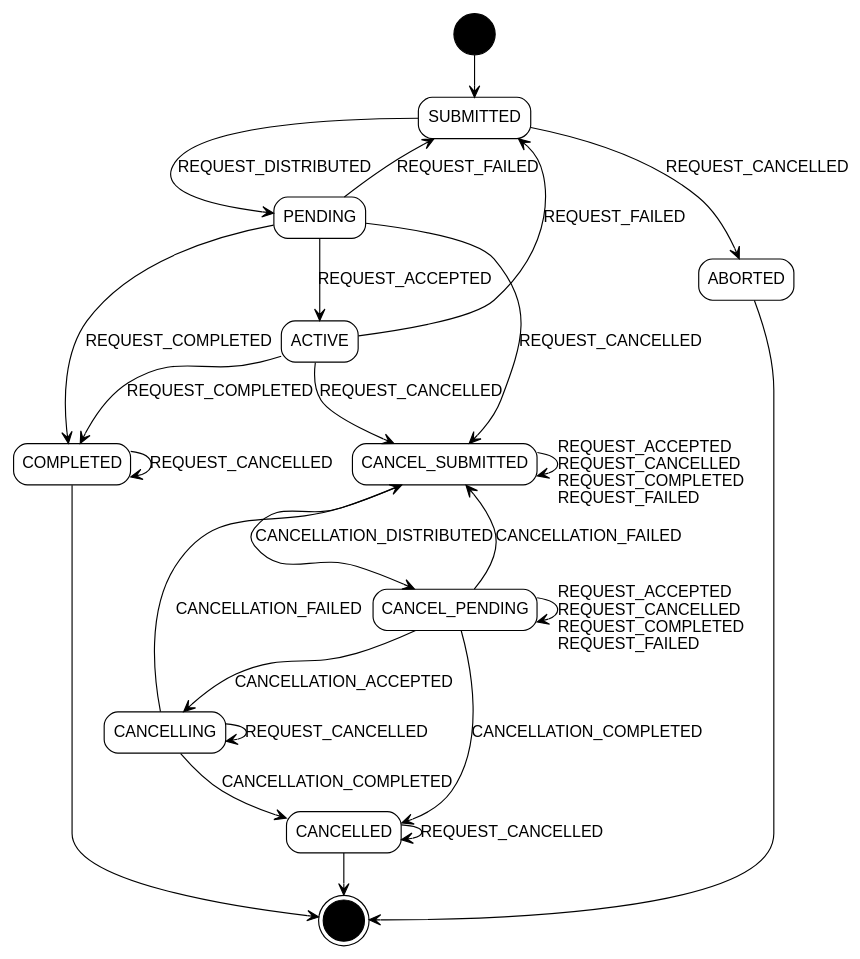
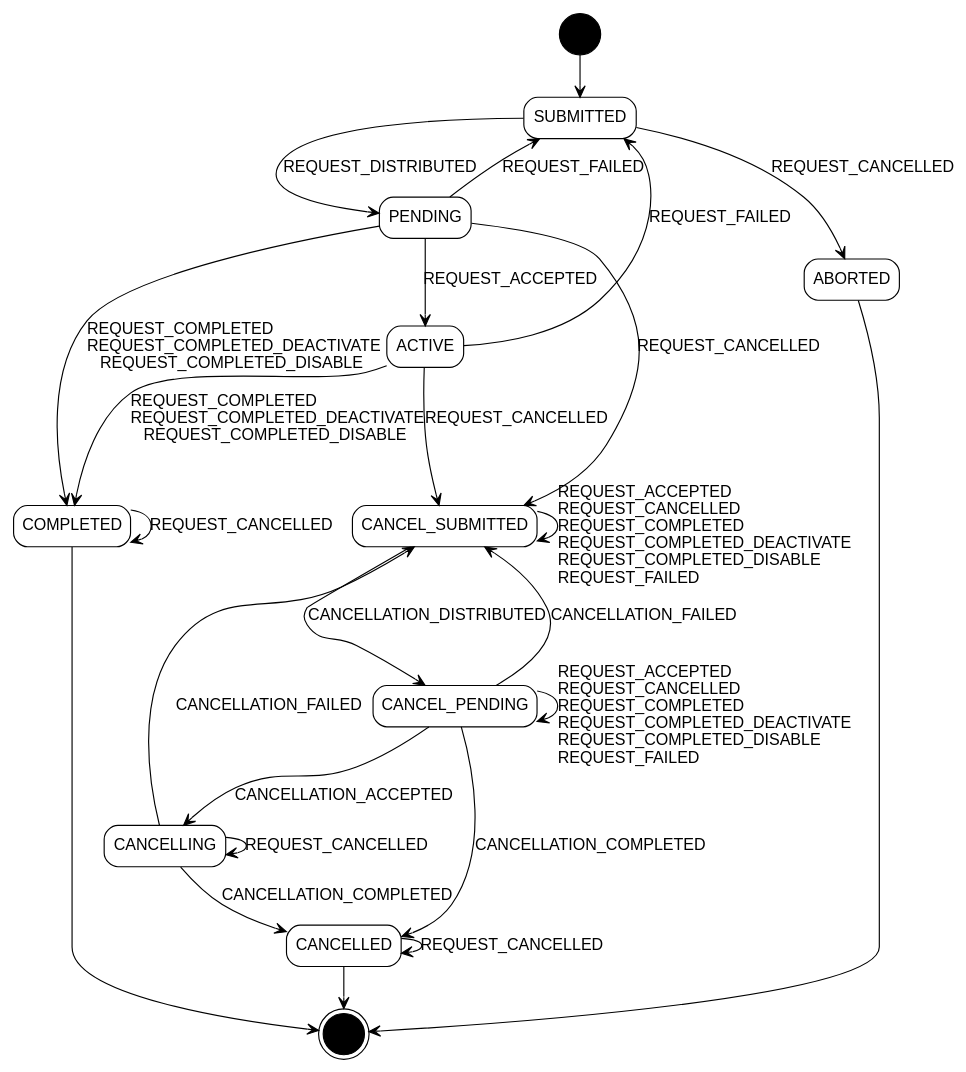
Before and after one commit to ONSdigital/response-management-service: the diagram in actionsvc/diagrams/actionstates.dot, drawn with Graphviz.

Commit message:
Added new REQUEST_COMPLETED_DEACTIVATE and REQUEST_COMPLETED_DISABLE events

```diff
--- a/actionsvc/diagrams/actionstates.dot
+++ b/actionsvc/diagrams/actionstates.dot
@@ -1,43 +1,43 @@
 /* Action service action states. Run using dot -Tpng actionstates.dot > actionstates.png */
 /* See https://fsteeg.wordpress.com/2006/11/16/uml-activity-diagrams-with-graphviz/ */
 digraph actionstates {
     size="20,20";
     edge[arrowhead=open]
     node [shape=rectangle];
     start[shape=circle, label="", fillcolor=black, style=filled]
     end[shape=doublecircle, label="", fillcolor=black, style=filled]
     submitted[label="SUBMITTED", fontname="helvetica", style=rounded]
     pending[label="PENDING", fontname="helvetica", style=rounded]
     active[label="ACTIVE", fontname="helvetica", style=rounded]
     completed[label="COMPLETED", fontname="helvetica", style=rounded]
     aborted[label="ABORTED", fontname="helvetica", style=rounded]
     cancelsubmitted[label="CANCEL_SUBMITTED", fontname="helvetica", style=rounded]
     cancelpending[label="CANCEL_PENDING", fontname="helvetica", style=rounded]
     cancelling[label="CANCELLING", fontname="helvetica", style=rounded]
     cancelled[label="CANCELLED", fontname="helvetica", style=rounded]
 
     start -> submitted
     submitted -> pending[fontname="helvetica", label="REQUEST_DISTRIBUTED"]
     submitted -> aborted[fontname="helvetica", label="REQUEST_CANCELLED"]
     pending -> active[fontname="helvetica", label="REQUEST_ACCEPTED"]
-    pending -> completed[fontname="helvetica", label="REQUEST_COMPLETED"]
-    active -> completed[fontname="helvetica", label="REQUEST_COMPLETED"]
+    pending -> completed[fontname="helvetica", label="REQUEST_COMPLETED\lREQUEST_COMPLETED_DEACTIVATE\lREQUEST_COMPLETED_DISABLE"]
+    active -> completed[fontname="helvetica", label="REQUEST_COMPLETED\lREQUEST_COMPLETED_DEACTIVATE\lREQUEST_COMPLETED_DISABLE"]
     cancelsubmitted -> cancelpending[fontname="helvetica", label="CANCELLATION_DISTRIBUTED"]
     cancelpending -> cancelling[fontname="helvetica", label="CANCELLATION_ACCEPTED"]
     cancelling -> cancelled[fontname="helvetica", label="CANCELLATION_COMPLETED"]
     active -> submitted[fontname="helvetica", label="REQUEST_FAILED"]
     pending -> submitted[fontname="helvetica", label="REQUEST_FAILED"]
     active -> cancelsubmitted[fontname="helvetica", label="REQUEST_CANCELLED"]
     pending -> cancelsubmitted[fontname="helvetica", label="REQUEST_CANCELLED"]
     cancelling -> cancelsubmitted[fontname="helvetica", label="CANCELLATION_FAILED"]
     cancelpending -> cancelsubmitted[fontname="helvetica", label="CANCELLATION_FAILED"]
     cancelpending -> cancelled[fontname="helvetica", label="CANCELLATION_COMPLETED"]
-    cancelsubmitted -> cancelsubmitted[fontname="helvetica", label="\lREQUEST_ACCEPTED\lREQUEST_CANCELLED\lREQUEST_COMPLETED\lREQUEST_FAILED\l"]
-    cancelpending -> cancelpending[fontname="helvetica", label="\lREQUEST_ACCEPTED\lREQUEST_CANCELLED\lREQUEST_COMPLETED\lREQUEST_FAILED\l"]
+    cancelsubmitted -> cancelsubmitted[fontname="helvetica", label="\lREQUEST_ACCEPTED\lREQUEST_CANCELLED\lREQUEST_COMPLETED\lREQUEST_COMPLETED_DEACTIVATE\lREQUEST_COMPLETED_DISABLE\lREQUEST_FAILED\l"]
+    cancelpending -> cancelpending[fontname="helvetica", label="\lREQUEST_ACCEPTED\lREQUEST_CANCELLED\lREQUEST_COMPLETED\lREQUEST_COMPLETED_DEACTIVATE\lREQUEST_COMPLETED_DISABLE\lREQUEST_FAILED\l"]
     completed -> completed[fontname="helvetica", label="REQUEST_CANCELLED"]
     cancelled -> cancelled[fontname="helvetica", label="REQUEST_CANCELLED"]
     cancelling -> cancelling[fontname="helvetica", label="REQUEST_CANCELLED"]
     aborted -> end
     completed -> end
     cancelled -> end
 }
```
